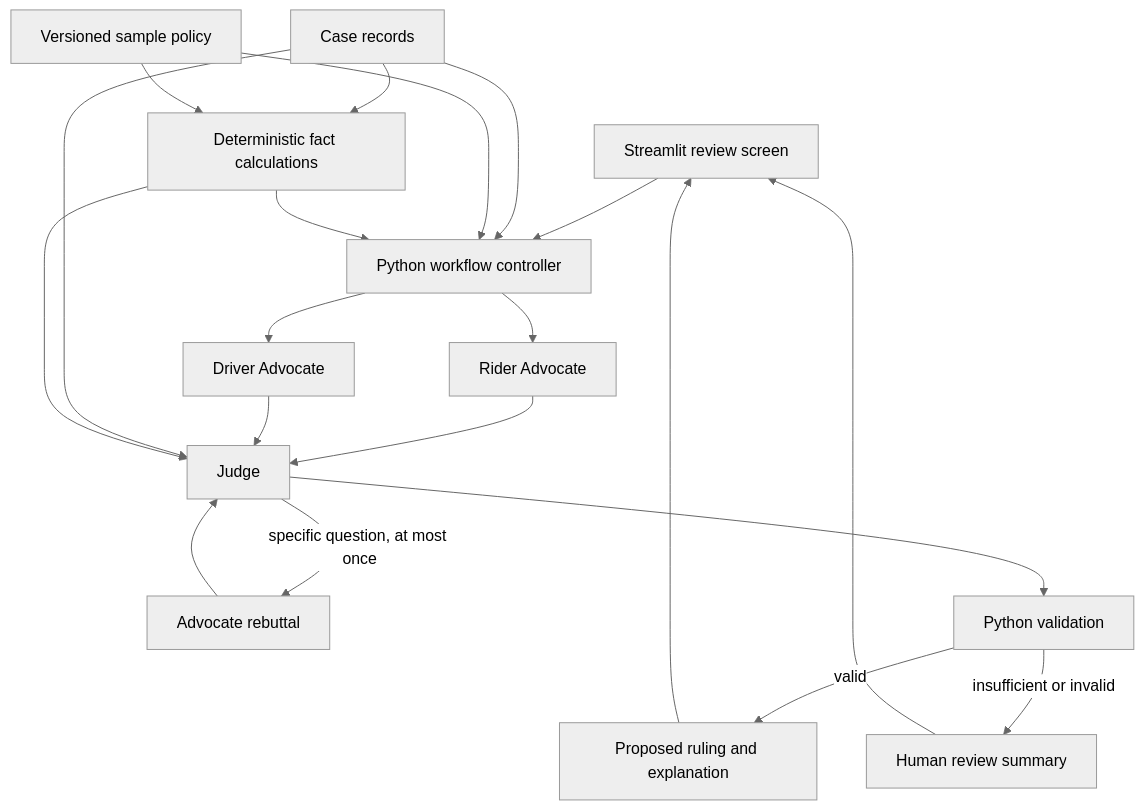
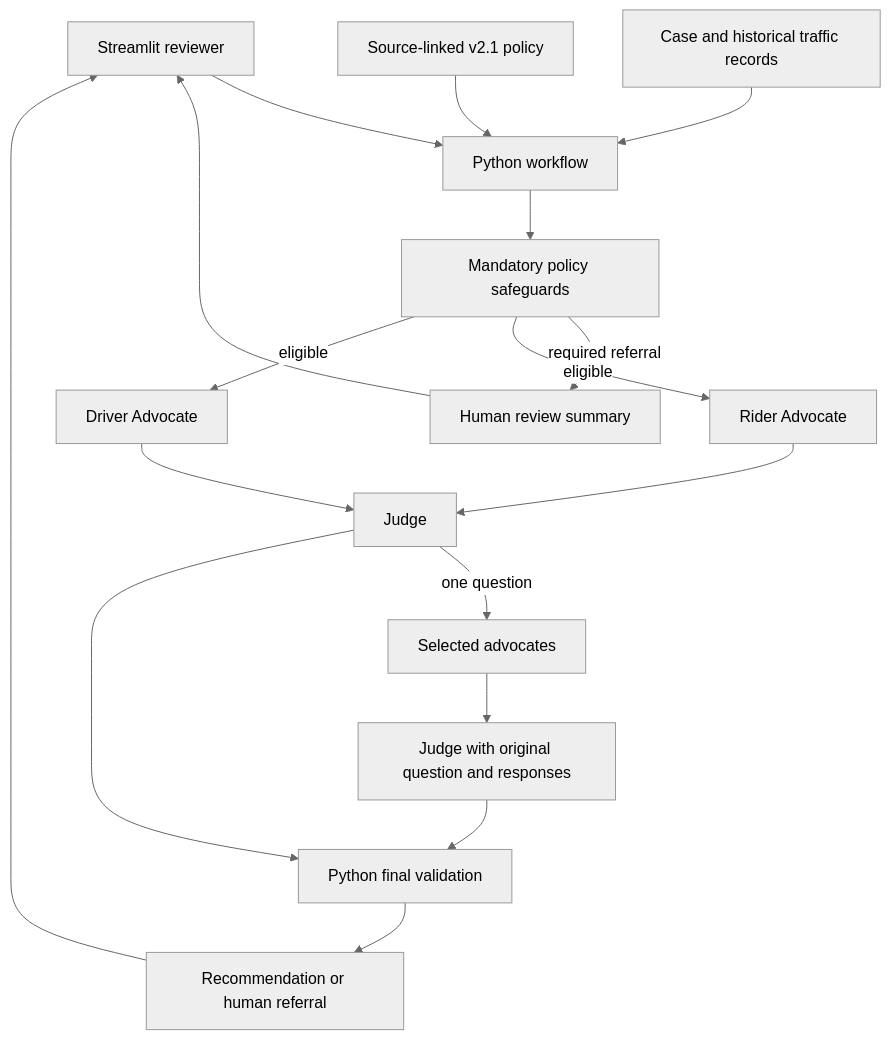
Before and after one commit to XuHh03/FairRide: the diagram in docs/PROJECT_GUIDE.md, drawn with Mermaid (neutral theme). The commit also changed other lines of this file and 41 other files, not shown here.

````diff
--- a/docs/PROJECT_GUIDE.md
+++ b/docs/PROJECT_GUIDE.md
@@ -35,22 +21,19 @@
 ```mermaid
 flowchart TD
-    UI[Streamlit review screen] --> WF[Python workflow controller]
-    CASE[Case records] --> FACT[Deterministic fact calculations]
-    POLICY[Versioned sample policy] --> FACT
-    CASE --> WF
-    POLICY --> WF
-    FACT --> WF
-    WF --> RA[Rider Advocate]
-    WF --> DA[Driver Advocate]
-    RA --> JA[Judge]
-    DA --> JA
-    CASE --> JA
-    FACT --> JA
-    JA -->|specific question, at most once| RB[Advocate rebuttal]
-    RB --> JA
-    JA --> CHECK[Python validation]
-    CHECK -->|valid| RESULT[Proposed ruling and explanation]
-    CHECK -->|insufficient or invalid| HUMAN[Human review summary]
+    UI[Streamlit reviewer] --> WF[Python workflow]
+    CASE[Case and historical traffic records] --> WF
+    POLICY[Source-linked v2.1 policy] --> WF
+    WF --> GATE[Mandatory policy safeguards]
+    GATE -->|required referral| HUMAN[Human review summary]
+    GATE -->|eligible| RA[Rider Advocate]
+    GATE -->|eligible| DA[Driver Advocate]
+    RA --> J[Judge]
+    DA --> J
+    J -->|one question| RB[Selected advocates]
+    RB --> J2[Judge with original question and responses]
+    J --> CHECK[Python final validation]
+    J2 --> CHECK
+    CHECK --> RESULT[Recommendation or human referral]
     RESULT --> UI
     HUMAN --> UI
 ```
````
